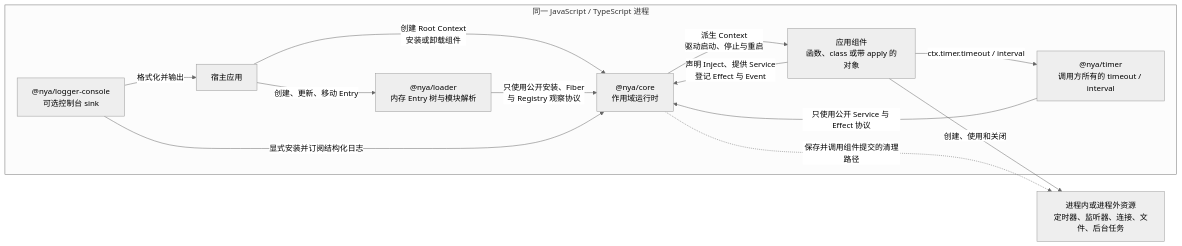
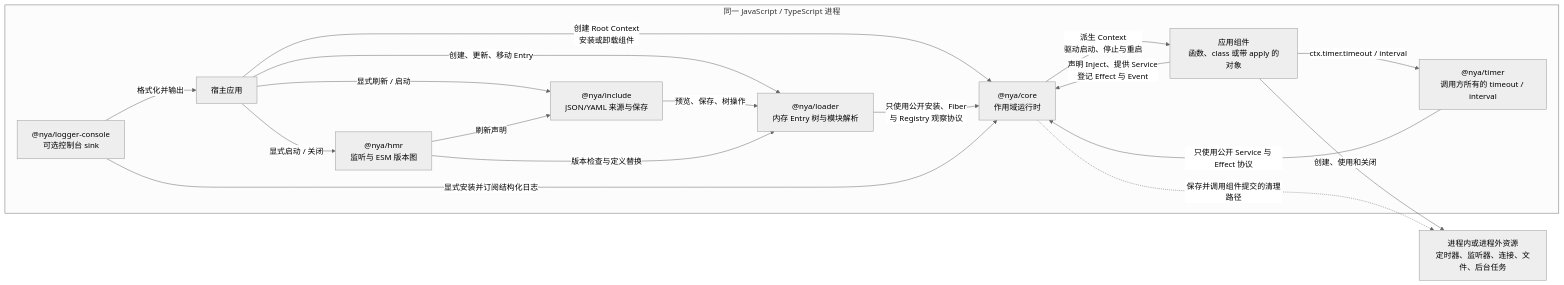
The first of 9 diagrams in docs/architecture.md (fanfan-de/NyaCore), drawn with Mermaid (neutral theme) before and after one commit. The commit also changed other lines of this file and 57 other files, not shown here.

Commit message:
Add Include and HMR packages with release validation

````diff
--- a/docs/architecture.md
+++ b/docs/architecture.md
@@ -34,26 +34,33 @@
 ```mermaid
 flowchart LR
     subgraph Process["同一 JavaScript / TypeScript 进程"]
         Host["宿主应用"]
         Core["@nya/core<br/>作用域运行时"]
         Loader["@nya/loader<br/>内存 Entry 树与模块解析"]
+        Include["@nya/include<br/>JSON/YAML 来源与保存"]
+        Hmr["@nya/hmr<br/>监听与 ESM 版本图"]
         ConsoleLogger["@nya/logger-console<br/>可选控制台 sink"]
         Timer["@nya/timer<br/>调用方所有的 timeout / interval"]
         Components["应用组件<br/>函数、class 或带 apply 的对象"]
 
         Host -->|"创建 Root Context<br/>安装或卸载组件"| Core
         Host -->|"创建、更新、移动 Entry"| Loader
+        Host -->|"显式刷新 / 启动"| Include
+        Host -->|"显式启动 / 关闭"| Hmr
+        Hmr -->|"刷新声明"| Include
+        Include -->|"预览、保存、树操作"| Loader
+        Hmr -->|"版本检查与定义替换"| Loader
         Loader -->|"只使用公开安装、Fiber<br/>与 Registry 观察协议"| Core
         Core -->|"派生 Context<br/>驱动启动、停止与重启"| Components
         Components -->|"声明 Inject、提供 Service<br/>登记 Effect 与 Event"| Core
         ConsoleLogger -->|"显式安装并订阅结构化日志"| Core
         ConsoleLogger -->|"格式化并输出"| Host
         Timer -->|"只使用公开 Service 与 Effect 协议"| Core
         Components -->|"ctx.timer.timeout / interval"| Timer
     end
 
     Resources["进程内或进程外资源<br/>定时器、监听器、连接、文件、后台任务"]
 
     Components -->|"创建、使用和关闭"| Resources
     Core -.->|"保存并调用组件提交的清理路径"| Resources
 ```
````
